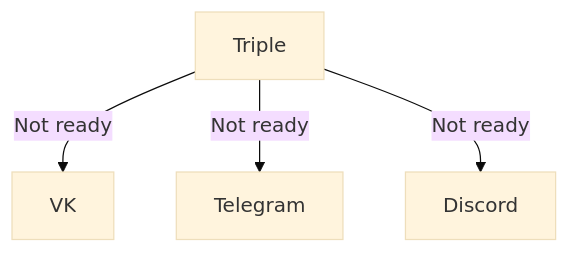
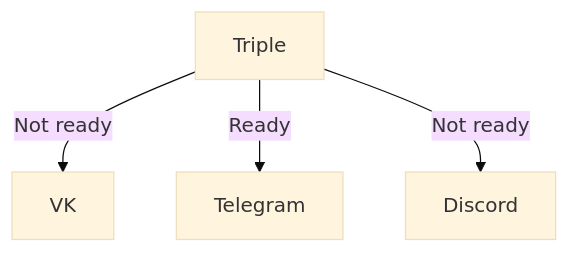
The second of 2 diagrams in README.md (SantaSpeen/Triple-send), drawn with Mermaid (base theme) before and after one commit. The commit also changed 10 other files, not shown here.

````diff
--- a/README.md
+++ b/README.md
@@ -15,8 +15,8 @@
 ```mermaid
 flowchart TD
 
     T[Triple] -- Not ready --> VK[VK];
-    T[Triple] -- Not ready --> TG[Telegram];
+    T[Triple] -- Ready --> TG[Telegram];
     T[Triple] -- Not ready --> DS[Discord];
 
 ```
````
